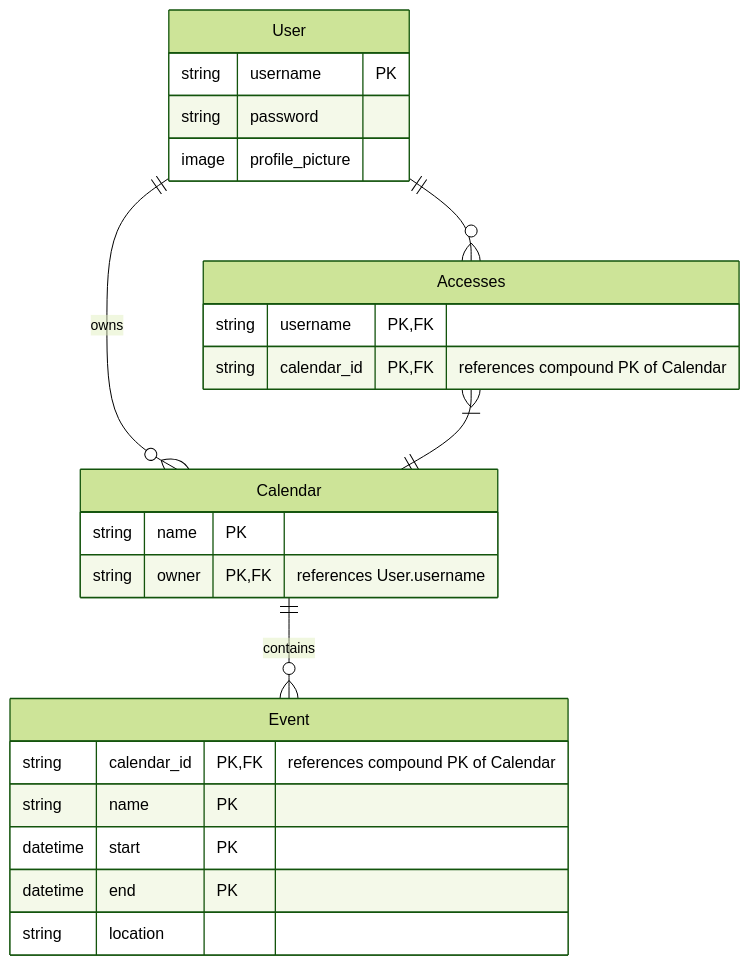
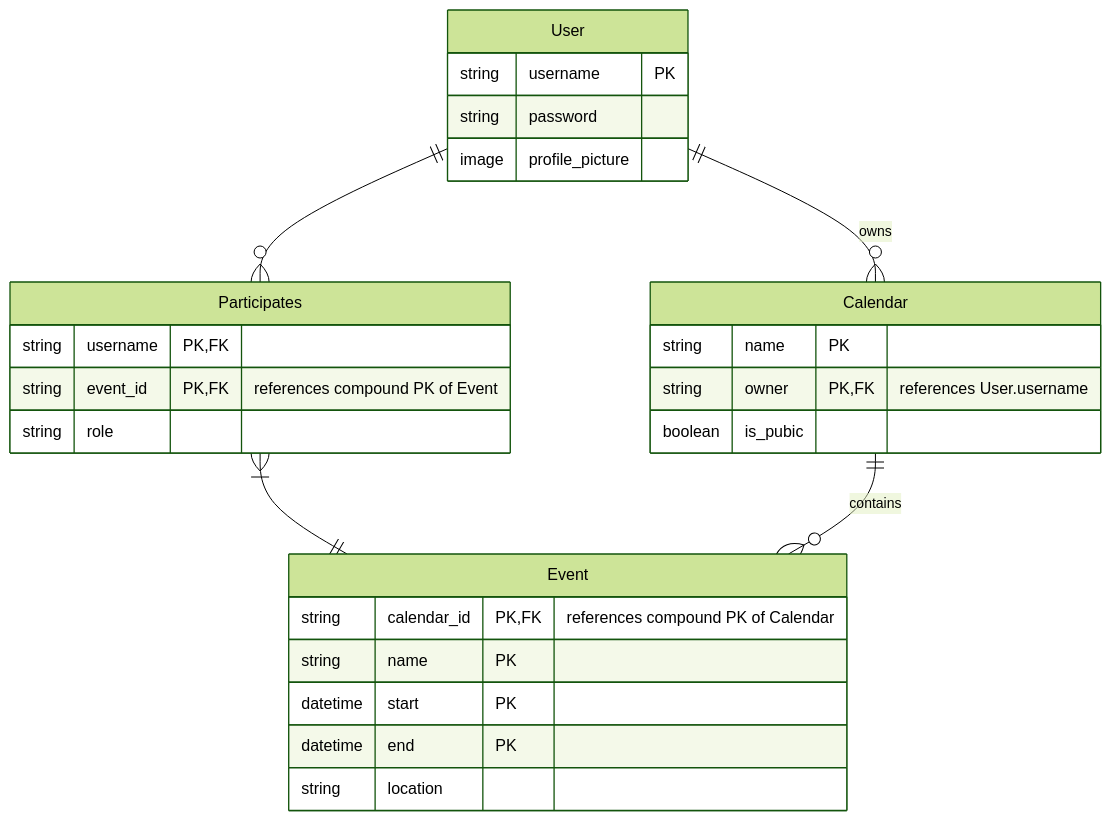
The second of 3 diagrams in README.md (MatthewMckee4/TimeFrame), drawn with Mermaid (forest theme) before and after one commit. The commit also changed other lines of this file, not shown here.

Commit message:
changed to ER diagram

````diff
--- a/README.md
+++ b/README.md
@@ -36,31 +37,33 @@
 ```mermaid
 erDiagram
 
     User ||--o{ Calendar : owns
-    User ||--o{ Accesses : ""
+    User ||--o{ Participates : ""
     User {
         string username PK
         string password
         image profile_picture
     }
 
-    Accesses }|--|| Calendar : ""
-    Accesses {
+    Participates }|--|| Event : ""
+    Participates {
         string username PK,FK
-        string calendar_id PK, FK "references compound PK of Calendar"
+        string event_id PK, FK "references compound PK of Event"
+        string role
     }
 
     Calendar ||--o{ Event : contains
     Calendar {
         string name PK
         string owner PK, FK "references User.username"
+        boolean is_pubic
     }
 
     Event {
         string calendar_id PK, FK "references compound PK of Calendar"
         string name PK
         datetime start PK
         datetime end PK
         string location
     }
 ```
````
